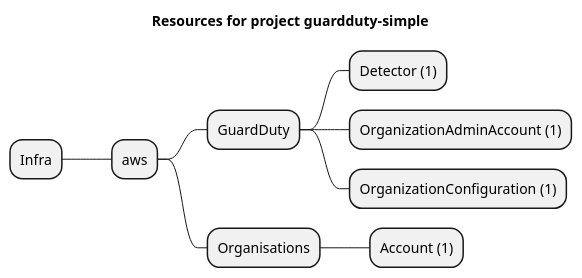
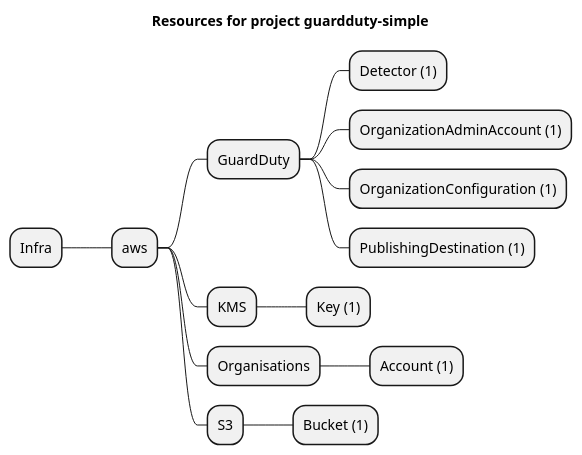
The diagram in examples/aws/GuardDuty/guardduty-simple/artifacts/resources-mindmap.puml (grucloud/grucloud), drawn with PlantUML before and after one commit. The commit also changed 17 other files, not shown here.

Commit message:
GuardDutyPublishingDestination

```diff
--- a/examples/aws/GuardDuty/guardduty-simple/artifacts/resources-mindmap.puml
+++ b/examples/aws/GuardDuty/guardduty-simple/artifacts/resources-mindmap.puml
@@ -1,12 +1,17 @@
 @startmindmap
 title Resources for project guardduty-simple
 skinparam monochrome true
 + Infra
 ++ aws
 +++ GuardDuty
 ++++ Detector (1)
 ++++ OrganizationAdminAccount (1)
 ++++ OrganizationConfiguration (1)
+++++ PublishingDestination (1)
++++ KMS
+++++ Key (1)
 +++ Organisations
 ++++ Account (1)
++++ S3
+++++ Bucket (1)
 @endmindmap
```
